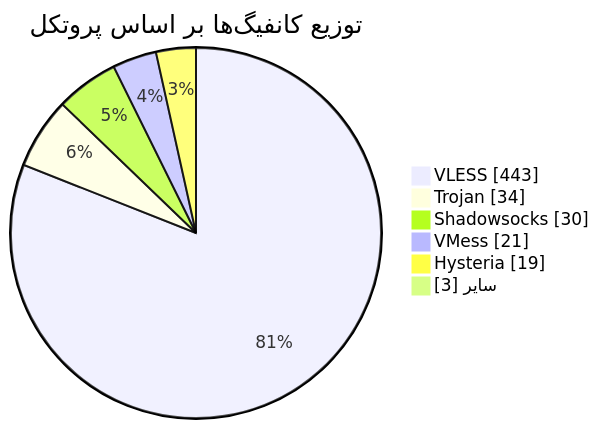
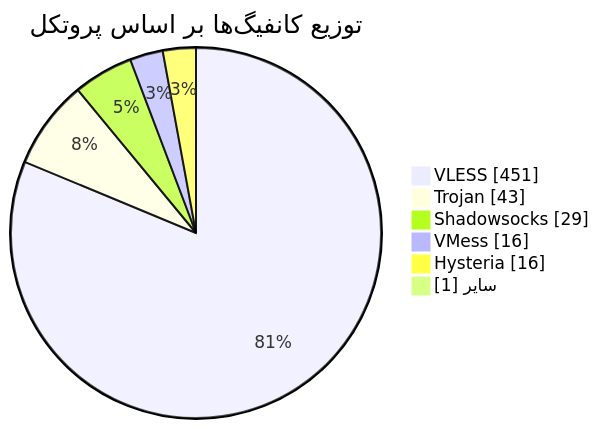
One commit to Arian-Alijani/Somthing changed the diagram in README.md. Above: the diagram before and after it, drawn with Mermaid. The commit also changed other lines of this file and 85 other files, not shown here.

````diff
--- a/README.md
+++ b/README.md
@@ -48,10 +48,10 @@
 ```mermaid
 pie showData
     title توزیع کانفیگ‌ها بر اساس پروتکل
-    "VLESS" : 443
-    "Trojan" : 34
-    "Shadowsocks" : 30
-    "VMess" : 21
-    "Hysteria" : 19
-    "سایر" : 3
+    "VLESS" : 451
+    "Trojan" : 43
+    "Shadowsocks" : 29
+    "VMess" : 16
+    "Hysteria" : 16
+    "سایر" : 1
 ```
````
